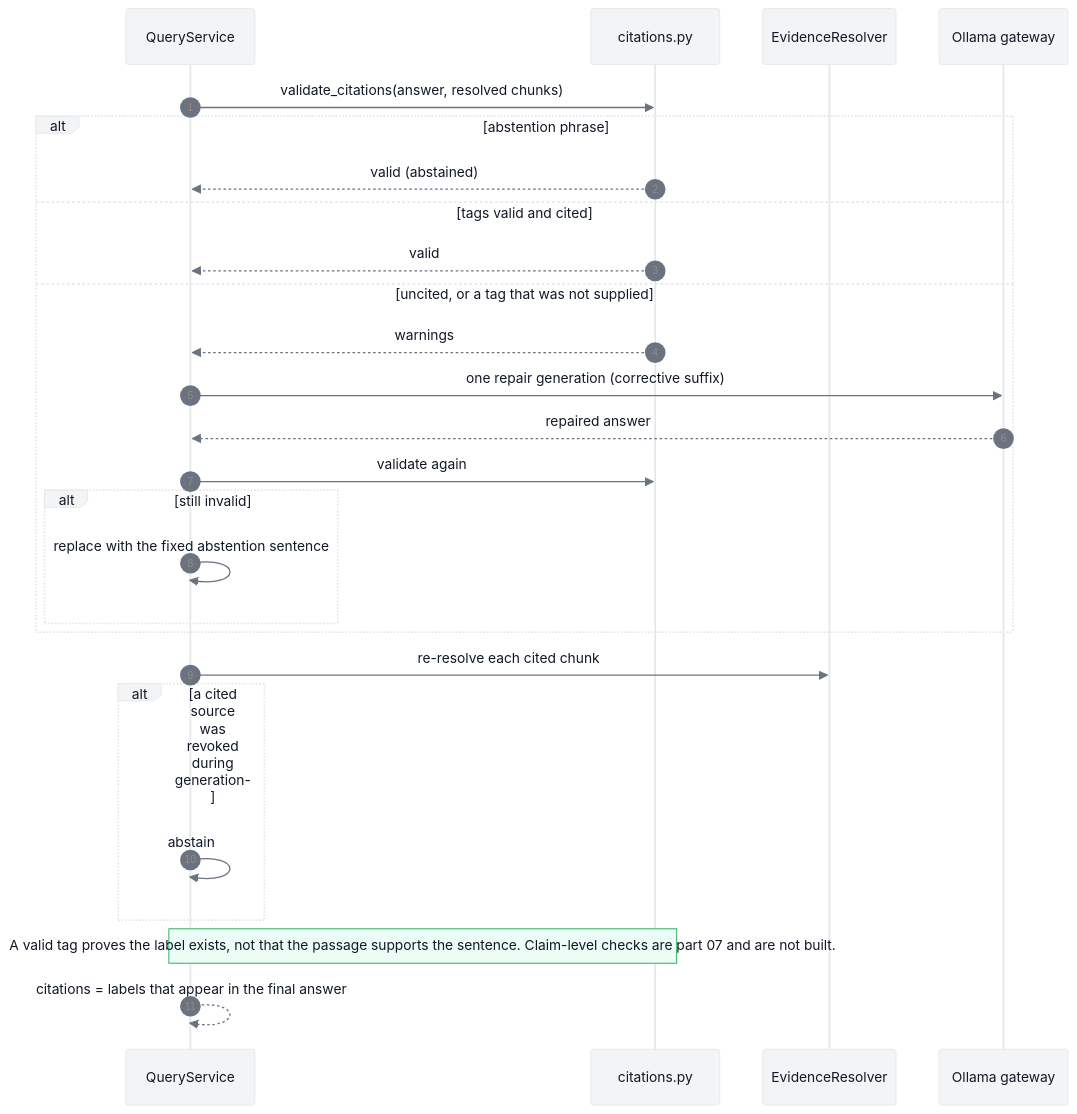
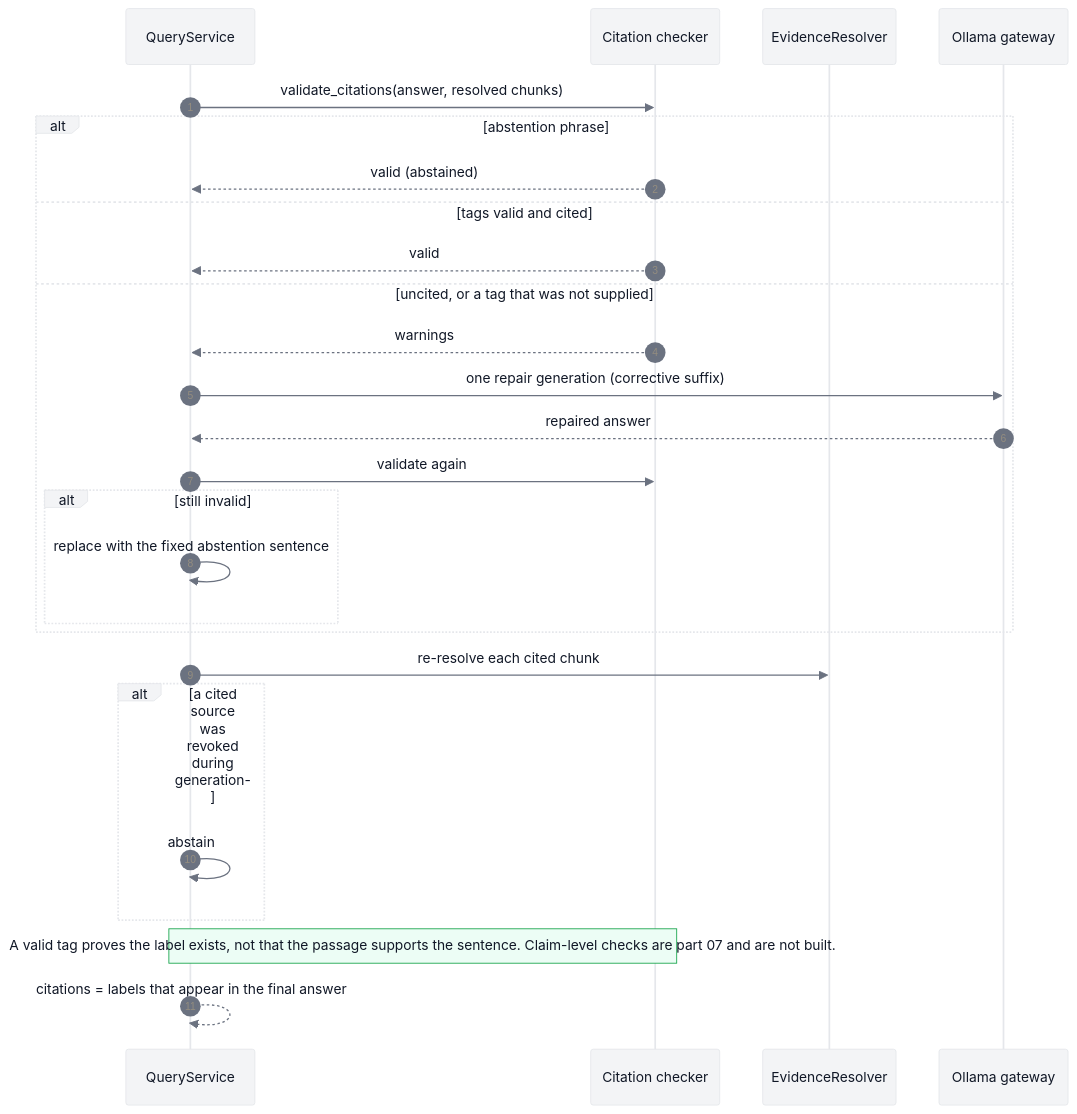
The fifth of 11 diagrams in Upgrade/18-current-architecture-sequences.md (notSylas/Docket), drawn with Mermaid before and after one commit. The commit also changed other lines of this file and 3 other files, not shown here.

Commit message:
docs(upgrade): remove source-file references from the architecture diagrams

````diff
--- a/Upgrade/18-current-architecture-sequences.md
+++ b/Upgrade/18-current-architecture-sequences.md
@@ -196,29 +188,29 @@
 ```mermaid
 %%{init: {'theme':'base','themeVariables':{'primaryColor':'#F3F4F6','primaryBorderColor':'#E5E7EB','primaryTextColor':'#111827','lineColor':'#6B7280','actorBkg':'#F3F4F6','actorBorder':'#E5E7EB','actorTextColor':'#111827','signalColor':'#6B7280','signalTextColor':'#111827','noteBkgColor':'#ECFDF5','noteBorderColor':'#16A34A','noteTextColor':'#111827','activationBkgColor':'#ECFDF5','activationBorderColor':'#16A34A','fontFamily':'ui-sans-serif, system-ui, sans-serif'}}}%%
 sequenceDiagram
     autonumber
     participant Q as QueryService
-    participant V as citations.py
+    participant V as Citation checker
     participant R as EvidenceResolver
     participant G as Ollama gateway
     Q->>V: validate_citations(answer, resolved chunks)
     alt abstention phrase
         V-->>Q: valid (abstained)
     else tags valid and cited
         V-->>Q: valid
     else uncited, or a tag that was not supplied
         V-->>Q: warnings
         Q->>G: one repair generation (corrective suffix)
         G-->>Q: repaired answer
         Q->>V: validate again
         alt still invalid
             Q->>Q: replace with the fixed abstention sentence
         end
     end
     Q->>R: re-resolve each cited chunk
     alt a cited source was revoked during generation
         Q->>Q: abstain
     end
     Note over Q,V: A valid tag proves the label exists, not that the passage supports the sentence. Claim-level checks are part 07 and are not built.
     Q-->>Q: citations = labels that appear in the final answer
 ```
````
